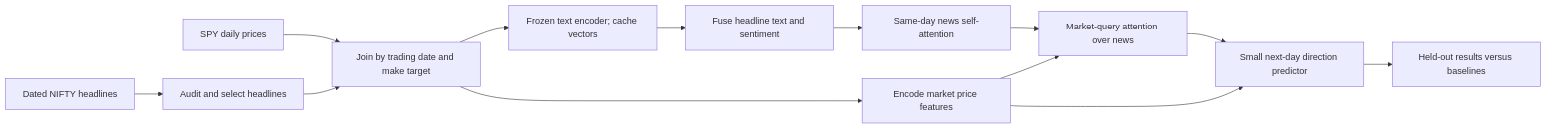
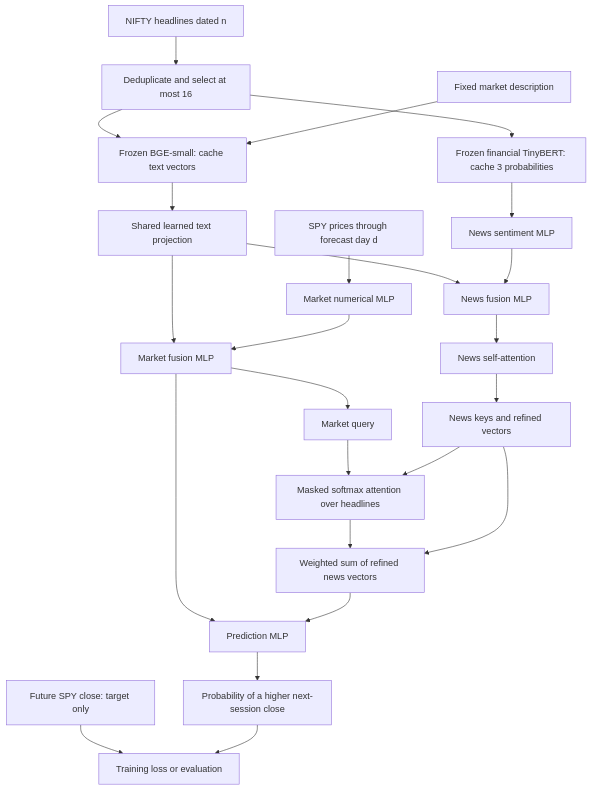
The first of 2 diagrams in docs/architecture.md (jadghazi/finin-research-prototype), drawn with Mermaid before and after one commit. The commit also changed other lines of this file and 34 other files, not shown here.

````diff
--- a/docs/architecture.md
+++ b/docs/architecture.md
@@ -5,15 +7,26 @@
 ```mermaid
-flowchart LR
-    N["Dated NIFTY headlines"] --> A["Audit and select headlines"]
-    P["SPY daily prices"] --> J["Join by trading date and make target"]
-    A --> J
-    J --> E["Frozen text encoder; cache vectors"]
-    E --> F["Fuse headline text and sentiment"]
-    J --> M["Encode market price features"]
-    F --> S["Same-day news self-attention"]
-    S --> C["Market-query attention over news"]
-    M --> C
-    C --> T["Small next-day direction predictor"]
-    M --> T
-    T --> R["Held-out results versus baselines"]
+flowchart TD
+    N["NIFTY headlines dated n"] --> S["Deduplicate and select at most 16"]
+    S --> R["Frozen BGE-small: cache text vectors"]
+    S --> B["Frozen financial TinyBERT: cache 3 probabilities"]
+    R --> E["Shared learned text projection"]
+    B --> EN["News sentiment MLP"]
+    E --> FN["News fusion MLP"]
+    EN --> FN
+    FN --> SA["News self-attention"]
+    D["Fixed market description"] --> R
+    P["SPY prices through forecast day d"] --> EP["Market numerical MLP"]
+    E --> FM["Market fusion MLP"]
+    EP --> FM
+    FM --> Q["Market query"]
+    SA --> K["News keys and refined vectors"]
+    Q --> A["Masked softmax attention over headlines"]
+    K --> A
+    A --> W["Weighted sum of refined news vectors"]
+    K --> W
+    FM --> H["Prediction MLP"]
+    W --> H
+    H --> O["Probability of a higher next-session close"]
+    T["Future SPY close: target only"] --> L["Training loss or evaluation"]
+    O --> L
 ```
````
